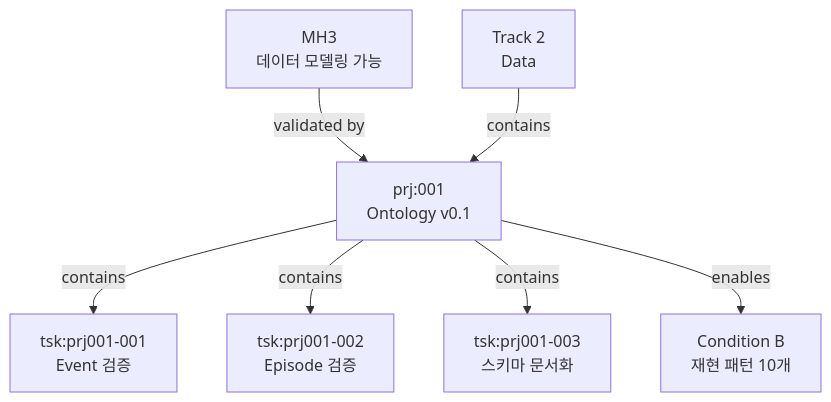
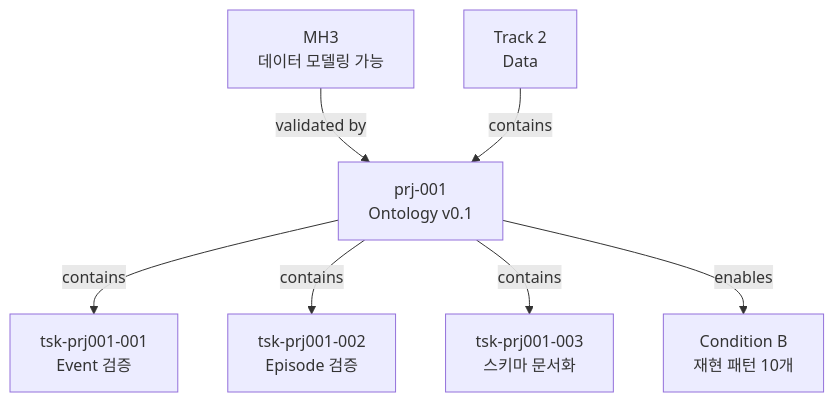
Before and after one commit to Eunhyang/loop-public: the diagram in 50_Projects/2025/P001_Ontology/Project_정의.md, drawn with Mermaid. The commit also changed other lines of this file and 240 other files, not shown here.

````diff
--- a/50_Projects/2025/P001_Ontology/Project_정의.md
+++ b/50_Projects/2025/P001_Ontology/Project_정의.md
@@ -134,22 +134,22 @@
 ```mermaid
 graph TD
     MH3[MH3<br/>데이터 모델링 가능]
     Track2[Track 2<br/>Data]
 
-    PRJ001[prj:001<br/>Ontology v0.1]
+    PRJ001[prj-001<br/>Ontology v0.1]
 
-    TSK001[tsk:prj001-001<br/>Event 검증]
-    TSK002[tsk:prj001-002<br/>Episode 검증]
-    TSK003[tsk:prj001-003<br/>스키마 문서화]
+    TSK001[tsk-prj001-001<br/>Event 검증]
+    TSK002[tsk-prj001-002<br/>Episode 검증]
+    TSK003[tsk-prj001-003<br/>스키마 문서화]
 
     CondB[Condition B<br/>재현 패턴 10개]
 
     MH3 -->|validated by| PRJ001
     Track2 -->|contains| PRJ001
 
     PRJ001 -->|contains| TSK001
     PRJ001 -->|contains| TSK002
     PRJ001 -->|contains| TSK003
 
     PRJ001 -->|enables| CondB
 ```
````
